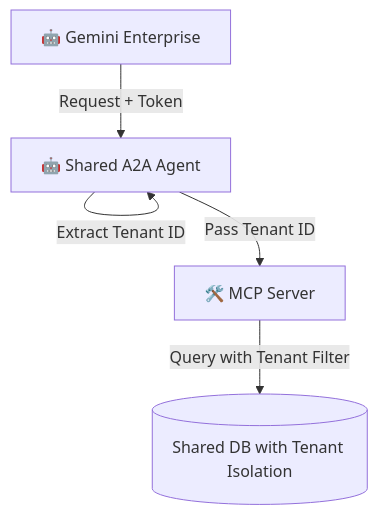
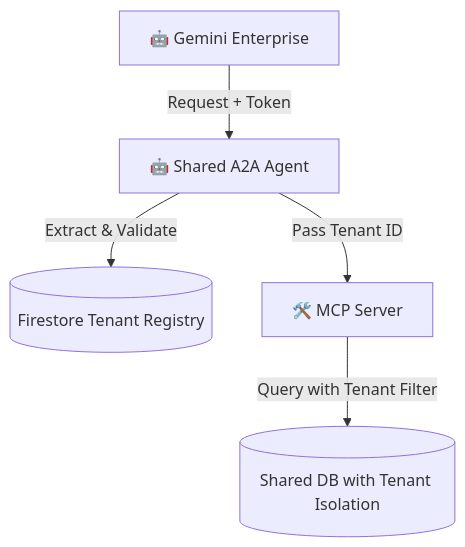
One commit to aiarchitect2406/mp-mcp-agent changed the second of 4 diagrams in README.md. Above: the diagram before and after it, drawn with Mermaid.

Commit message:
Update Pattern A diagram in README to include Firestore Tenant Registry

````diff
--- a/README.md
+++ b/README.md
@@ -65,7 +65,7 @@
 ```mermaid
 graph TD
     GE[🤖 Gemini Enterprise] -->|Request + Token| A2A[🤖 Shared A2A Agent]
-    A2A -->|Extract Tenant ID| A2A
+    A2A -->|Extract & Validate| FS[(Firestore Tenant Registry)]
     A2A -->|Pass Tenant ID| MCP[🛠️ MCP Server]
     MCP -->|Query with Tenant Filter| DB[(Shared DB with Tenant Isolation)]
 ```
````
